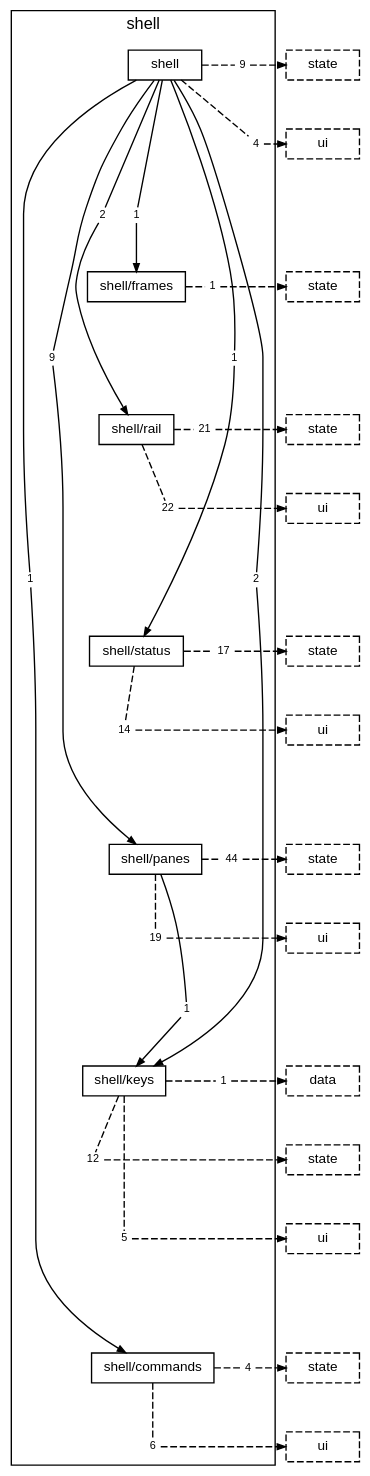
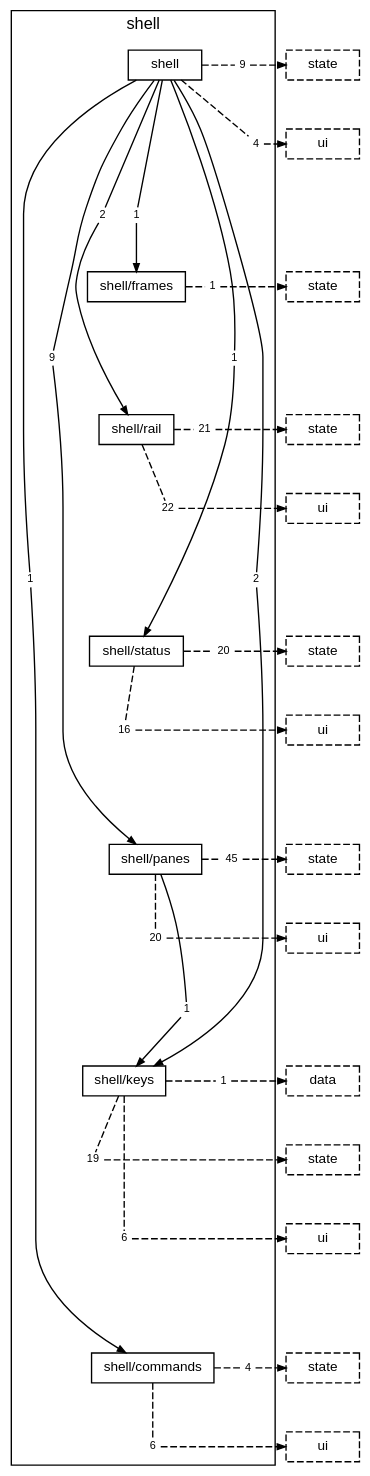
One commit to TheAxeC/oculus changed the diagram in docs/diagrams/layer-shell.dot. Above: the diagram before and after it, drawn with Graphviz. The commit also changed 241 other files, not shown here.

```diff
--- a/docs/diagrams/layer-shell.dot
+++ b/docs/diagrams/layer-shell.dot
@@ -1,112 +1,112 @@
 digraph layer_shell {
     graph [bgcolor="transparent", rankdir=TB, newrank=true, mclimit=4, fontname="Helvetica,Arial,sans-serif", fontsize=12, nodesep=0.2, ranksep=0.5];
     node [shape=box, color="black", fontcolor="black", fontname="Helvetica,Arial,sans-serif", fontsize=10, height=0.3, margin="0.12,0.04"];
     edge [color="black", fontcolor="black", fontname="Helvetica,Arial,sans-serif", fontsize=8, arrowsize=0.6];
     subgraph "cluster_shell" {
         label="shell"; style=solid;
         "folder shell" [label="shell"];
         "folder shell/frames" [label="shell/frames"];
         "folder shell/rail" [label="shell/rail"];
         "folder shell/status" [label="shell/status"];
         "folder shell/panes" [label="shell/panes"];
         "folder shell/keys" [label="shell/keys"];
         "folder shell/commands" [label="shell/commands"];
         "folder shell to folder shell/commands" [label="1", shape=box, color="transparent", fontsize=8, width=0, height=0, margin="0.04,0.02"];
         "folder shell to folder shell/frames" [label="1", shape=box, color="transparent", fontsize=8, width=0, height=0, margin="0.04,0.02"];
         "folder shell to folder shell/keys" [label="2", shape=box, color="transparent", fontsize=8, width=0, height=0, margin="0.04,0.02"];
         "folder shell to folder shell/panes" [label="9", shape=box, color="transparent", fontsize=8, width=0, height=0, margin="0.04,0.02"];
         "folder shell to folder shell/rail" [label="2", shape=box, color="transparent", fontsize=8, width=0, height=0, margin="0.04,0.02"];
         "folder shell to folder shell/status" [label="1", shape=box, color="transparent", fontsize=8, width=0, height=0, margin="0.04,0.02"];
         "folder shell to layer state" [label="9", shape=box, color="transparent", fontsize=8, width=0, height=0, margin="0.04,0.02"];
         "folder shell to layer ui" [label="4", shape=box, color="transparent", fontsize=8, width=0, height=0, margin="0.04,0.02"];
         "folder shell/frames to layer state" [label="1", shape=box, color="transparent", fontsize=8, width=0, height=0, margin="0.04,0.02"];
         "folder shell/rail to layer state" [label="21", shape=box, color="transparent", fontsize=8, width=0, height=0, margin="0.04,0.02"];
         "folder shell/rail to layer ui" [label="22", shape=box, color="transparent", fontsize=8, width=0, height=0, margin="0.04,0.02"];
-        "folder shell/status to layer state" [label="17", shape=box, color="transparent", fontsize=8, width=0, height=0, margin="0.04,0.02"];
-        "folder shell/status to layer ui" [label="14", shape=box, color="transparent", fontsize=8, width=0, height=0, margin="0.04,0.02"];
+        "folder shell/status to layer state" [label="20", shape=box, color="transparent", fontsize=8, width=0, height=0, margin="0.04,0.02"];
+        "folder shell/status to layer ui" [label="16", shape=box, color="transparent", fontsize=8, width=0, height=0, margin="0.04,0.02"];
         "folder shell/panes to folder shell/keys" [label="1", shape=box, color="transparent", fontsize=8, width=0, height=0, margin="0.04,0.02"];
-        "folder shell/panes to layer state" [label="44", shape=box, color="transparent", fontsize=8, width=0, height=0, margin="0.04,0.02"];
-        "folder shell/panes to layer ui" [label="19", shape=box, color="transparent", fontsize=8, width=0, height=0, margin="0.04,0.02"];
+        "folder shell/panes to layer state" [label="45", shape=box, color="transparent", fontsize=8, width=0, height=0, margin="0.04,0.02"];
+        "folder shell/panes to layer ui" [label="20", shape=box, color="transparent", fontsize=8, width=0, height=0, margin="0.04,0.02"];
         "folder shell/keys to layer data" [label="1", shape=box, color="transparent", fontsize=8, width=0, height=0, margin="0.04,0.02"];
-        "folder shell/keys to layer state" [label="12", shape=box, color="transparent", fontsize=8, width=0, height=0, margin="0.04,0.02"];
-        "folder shell/keys to layer ui" [label="5", shape=box, color="transparent", fontsize=8, width=0, height=0, margin="0.04,0.02"];
+        "folder shell/keys to layer state" [label="19", shape=box, color="transparent", fontsize=8, width=0, height=0, margin="0.04,0.02"];
+        "folder shell/keys to layer ui" [label="6", shape=box, color="transparent", fontsize=8, width=0, height=0, margin="0.04,0.02"];
         "folder shell/commands to layer state" [label="4", shape=box, color="transparent", fontsize=8, width=0, height=0, margin="0.04,0.02"];
         "folder shell/commands to layer ui" [label="6", shape=box, color="transparent", fontsize=8, width=0, height=0, margin="0.04,0.02"];
     }
     "layer state from folder shell" [label="state", style=dashed];
     "layer ui from folder shell" [label="ui", style=dashed];
     "layer state from folder shell/frames" [label="state", style=dashed];
     "layer state from folder shell/rail" [label="state", style=dashed];
     "layer ui from folder shell/rail" [label="ui", style=dashed];
     "layer state from folder shell/status" [label="state", style=dashed];
     "layer ui from folder shell/status" [label="ui", style=dashed];
     "layer state from folder shell/panes" [label="state", style=dashed];
     "layer ui from folder shell/panes" [label="ui", style=dashed];
     "layer data from folder shell/keys" [label="data", style=dashed];
     "layer state from folder shell/keys" [label="state", style=dashed];
     "layer ui from folder shell/keys" [label="ui", style=dashed];
     "layer state from folder shell/commands" [label="state", style=dashed];
     "layer ui from folder shell/commands" [label="ui", style=dashed];
     "folder shell" -> "folder shell/frames" [style=invis, weight=10, minlen=3];
     "folder shell/frames" -> "folder shell/rail" [style=invis, weight=10, minlen=2];
     "folder shell/rail" -> "folder shell/status" [style=invis, weight=10, minlen=3];
     "folder shell/status" -> "folder shell/panes" [style=invis, weight=10, minlen=3];
     "folder shell/panes" -> "folder shell/keys" [style=invis, weight=10, minlen=3];
     "folder shell/keys" -> "folder shell/commands" [style=invis, weight=10, minlen=4];
     "folder shell" -> "folder shell to folder shell/commands" [arrowhead=none, minlen=7, weight=10];
     "folder shell to folder shell/commands" -> "folder shell/commands" [];
     "folder shell" -> "folder shell to folder shell/frames" [arrowhead=none, minlen=2, weight=10];
     "folder shell to folder shell/frames" -> "folder shell/frames" [];
     "folder shell" -> "folder shell to folder shell/keys" [arrowhead=none, minlen=7, weight=10];
     "folder shell to folder shell/keys" -> "folder shell/keys" [];
     "folder shell" -> "folder shell to folder shell/panes" [arrowhead=none, minlen=4, weight=10];
     "folder shell to folder shell/panes" -> "folder shell/panes" [];
     "folder shell" -> "folder shell to folder shell/rail" [arrowhead=none, minlen=2, weight=10];
     "folder shell to folder shell/rail" -> "folder shell/rail" [];
     "folder shell" -> "folder shell to folder shell/status" [arrowhead=none, minlen=4, weight=10];
     "folder shell to folder shell/status" -> "folder shell/status" [];
     "folder shell" -> "folder shell to layer state" [arrowhead=none, style=dashed];
     "folder shell to layer state" -> "layer state from folder shell" [style=dashed];
     { rank=same; "folder shell"; "folder shell to layer state"; "layer state from folder shell"; }
     "folder shell" -> "folder shell to layer ui" [arrowhead=none, style=dashed, minlen=1, weight=10];
     "folder shell to layer ui" -> "layer ui from folder shell" [style=dashed];
     { rank=same; "folder shell to layer ui"; "layer ui from folder shell"; }
     "folder shell/frames" -> "folder shell/frames to layer state" [arrowhead=none, style=dashed];
     "folder shell/frames to layer state" -> "layer state from folder shell/frames" [style=dashed];
     { rank=same; "folder shell/frames"; "folder shell/frames to layer state"; "layer state from folder shell/frames"; }
     "folder shell/rail" -> "folder shell/rail to layer state" [arrowhead=none, style=dashed];
     "folder shell/rail to layer state" -> "layer state from folder shell/rail" [style=dashed];
     { rank=same; "folder shell/rail"; "folder shell/rail to layer state"; "layer state from folder shell/rail"; }
     "folder shell/rail" -> "folder shell/rail to layer ui" [arrowhead=none, style=dashed, minlen=1, weight=10];
     "folder shell/rail to layer ui" -> "layer ui from folder shell/rail" [style=dashed];
     { rank=same; "folder shell/rail to layer ui"; "layer ui from folder shell/rail"; }
     "folder shell/status" -> "folder shell/status to layer state" [arrowhead=none, style=dashed];
     "folder shell/status to layer state" -> "layer state from folder shell/status" [style=dashed];
     { rank=same; "folder shell/status"; "folder shell/status to layer state"; "layer state from folder shell/status"; }
     "folder shell/status" -> "folder shell/status to layer ui" [arrowhead=none, style=dashed, minlen=1, weight=10];
     "folder shell/status to layer ui" -> "layer ui from folder shell/status" [style=dashed];
     { rank=same; "folder shell/status to layer ui"; "layer ui from folder shell/status"; }
     "folder shell/panes" -> "folder shell/panes to folder shell/keys" [arrowhead=none, minlen=2, weight=10];
     "folder shell/panes to folder shell/keys" -> "folder shell/keys" [];
     "folder shell/panes" -> "folder shell/panes to layer state" [arrowhead=none, style=dashed];
     "folder shell/panes to layer state" -> "layer state from folder shell/panes" [style=dashed];
     { rank=same; "folder shell/panes"; "folder shell/panes to layer state"; "layer state from folder shell/panes"; }
     "folder shell/panes" -> "folder shell/panes to layer ui" [arrowhead=none, style=dashed, minlen=1, weight=10];
     "folder shell/panes to layer ui" -> "layer ui from folder shell/panes" [style=dashed];
     { rank=same; "folder shell/panes to layer ui"; "layer ui from folder shell/panes"; }
     "folder shell/keys" -> "folder shell/keys to layer data" [arrowhead=none, style=dashed];
     "folder shell/keys to layer data" -> "layer data from folder shell/keys" [style=dashed];
     { rank=same; "folder shell/keys"; "folder shell/keys to layer data"; "layer data from folder shell/keys"; }
     "folder shell/keys" -> "folder shell/keys to layer state" [arrowhead=none, style=dashed, minlen=1, weight=10];
     "folder shell/keys to layer state" -> "layer state from folder shell/keys" [style=dashed];
     { rank=same; "folder shell/keys to layer state"; "layer state from folder shell/keys"; }
     "folder shell/keys" -> "folder shell/keys to layer ui" [arrowhead=none, style=dashed, minlen=2, weight=10];
     "folder shell/keys to layer ui" -> "layer ui from folder shell/keys" [style=dashed];
     { rank=same; "folder shell/keys to layer ui"; "layer ui from folder shell/keys"; }
     "folder shell/commands" -> "folder shell/commands to layer state" [arrowhead=none, style=dashed];
     "folder shell/commands to layer state" -> "layer state from folder shell/commands" [style=dashed];
     { rank=same; "folder shell/commands"; "folder shell/commands to layer state"; "layer state from folder shell/commands"; }
     "folder shell/commands" -> "folder shell/commands to layer ui" [arrowhead=none, style=dashed, minlen=1, weight=10];
     "folder shell/commands to layer ui" -> "layer ui from folder shell/commands" [style=dashed];
     { rank=same; "folder shell/commands to layer ui"; "layer ui from folder shell/commands"; }
 }
```
